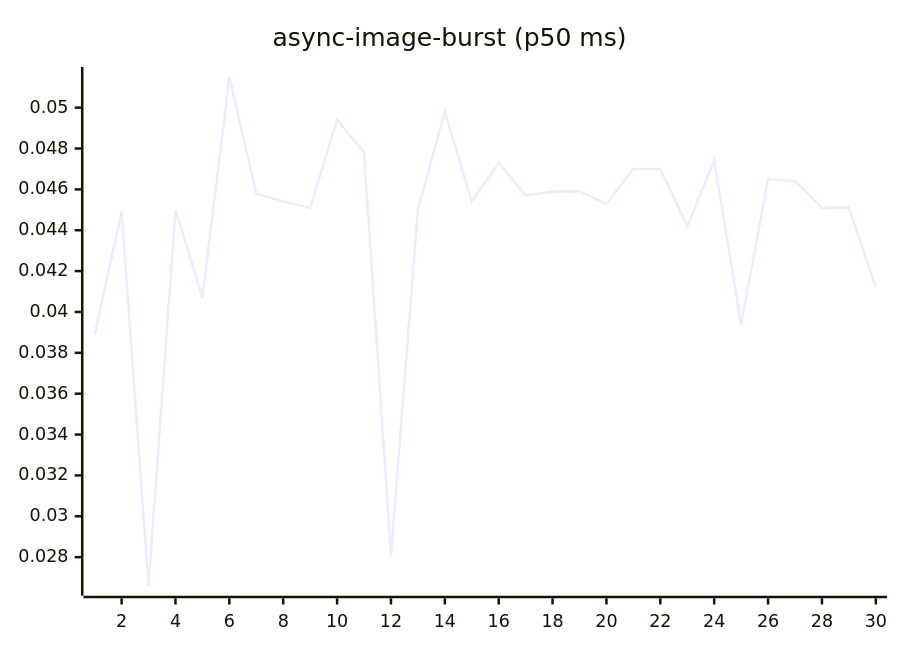
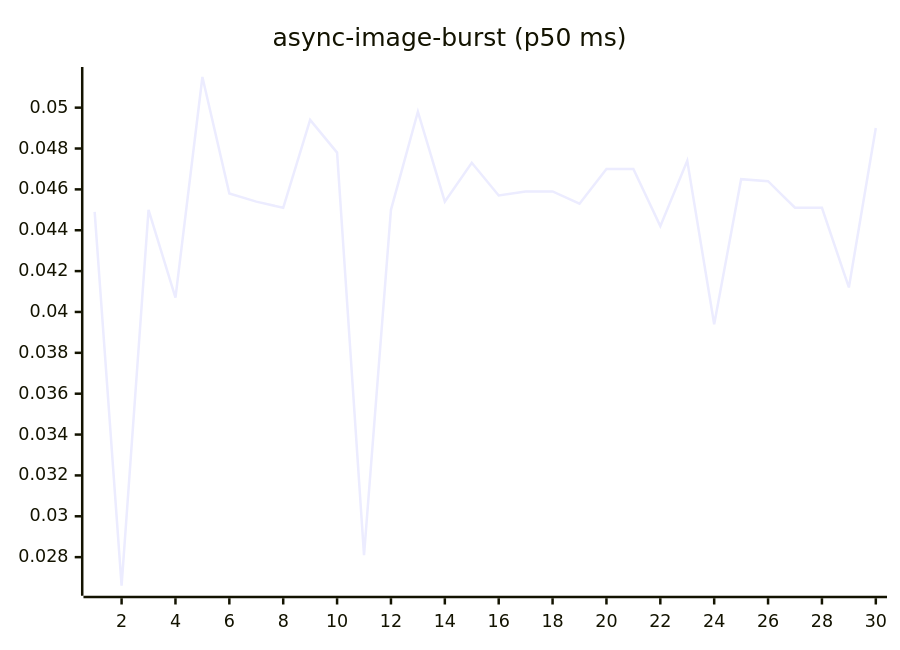
One commit to josha/Facet changed the fourth of 27 diagrams in README.md. Above: the diagram before and after it, drawn with Mermaid. The commit also changed other lines of this file and 2 other files, not shown here.

````diff
--- a/README.md
+++ b/README.md
@@ -84,6 +84,6 @@
 ```mermaid
 xychart-beta
     title "async-image-burst (p50 ms)"
     x-axis 1 --> 30
-    line [0.0389, 0.0449, 0.0266, 0.0450, 0.0407, 0.0515, 0.0458, 0.0454, 0.0451, 0.0494, 0.0478, 0.0281, 0.0450, 0.0498, 0.0454, 0.0473, 0.0457, 0.0459, 0.0459, 0.0453, 0.0470, 0.0470, 0.0442, 0.0474, 0.0394, 0.0465, 0.0464, 0.0451, 0.0451, 0.0412]
+    line [0.0449, 0.0266, 0.0450, 0.0407, 0.0515, 0.0458, 0.0454, 0.0451, 0.0494, 0.0478, 0.0281, 0.0450, 0.0498, 0.0454, 0.0473, 0.0457, 0.0459, 0.0459, 0.0453, 0.0470, 0.0470, 0.0442, 0.0474, 0.0394, 0.0465, 0.0464, 0.0451, 0.0451, 0.0412, 0.0490]
 ```
````
